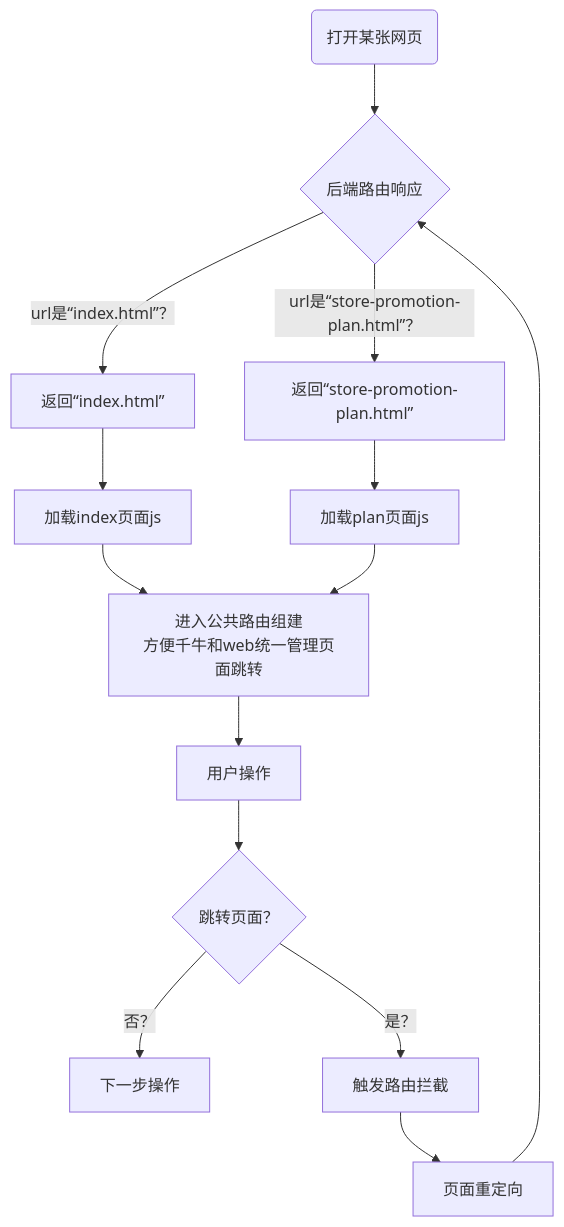
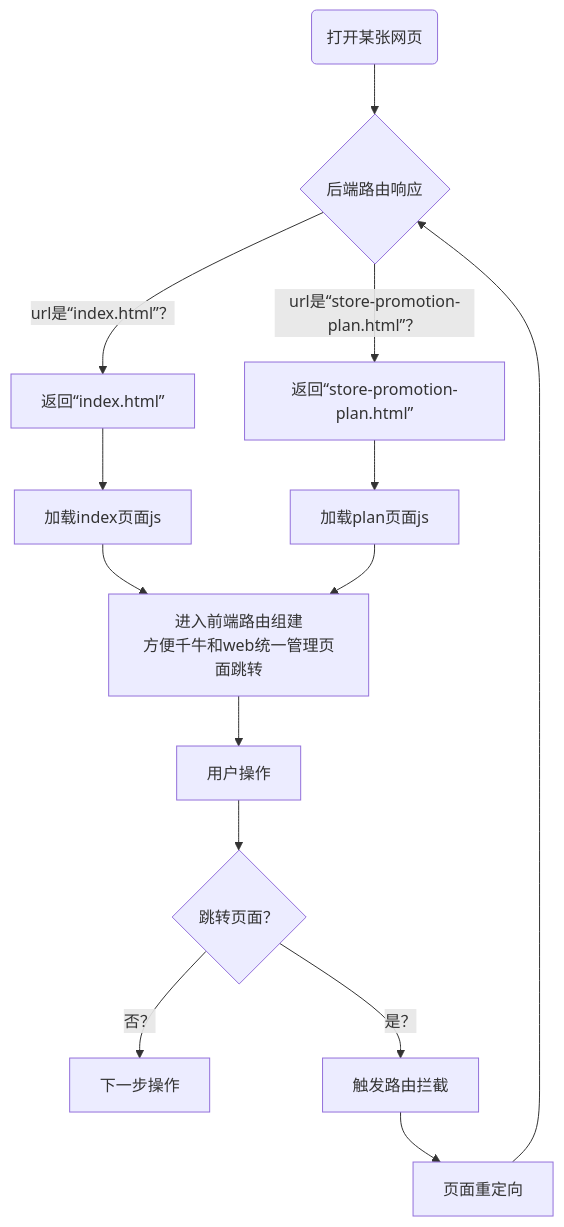
One commit to zhuoyan123/doc-manager changed the fifth of 5 diagrams in doc.md. Above: the diagram before and after it, drawn with Mermaid. The commit also changed other lines of this file and 7 other files, not shown here.

````diff
--- a/doc.md
+++ b/doc.md
@@ -276,18 +276,18 @@
 ```mermaid
 graph TB
 start(打开某张网页)-->remoteResponse{后端路由响应}
 backIndex["返回“index.html”"]-->loadIndex[加载index页面js]
 backPlan["返回“store-promotion-plan.html”"]-->loadPlan[加载plan页面js]
 remoteResponse-->|"url是“index.html”？"| backIndex
 remoteResponse-->|"url是“store-promotion-plan.html”？"| backPlan
-goCommonRouter[进入公共路由组建<br>方便千牛和web统一管理页面跳转]-->userOptions[用户操作]
+goCommonRouter[进入前端路由组建<br>方便千牛和web统一管理页面跳转]-->userOptions[用户操作]
 loadIndex-->goCommonRouter
 loadPlan-->goCommonRouter
 nextOptions[下一步操作]
 jumpPage{"跳转页面？"}
 userOptions-->jumpPage
 jumpPage-->|"否？"| nextOptions
 jumpPage-->|"是？"| routerInterceptor[触发路由拦截]
 routerInterceptor-->pageRedirect[页面重定向]
 pageRedirect-->remoteResponse
 ```
````
